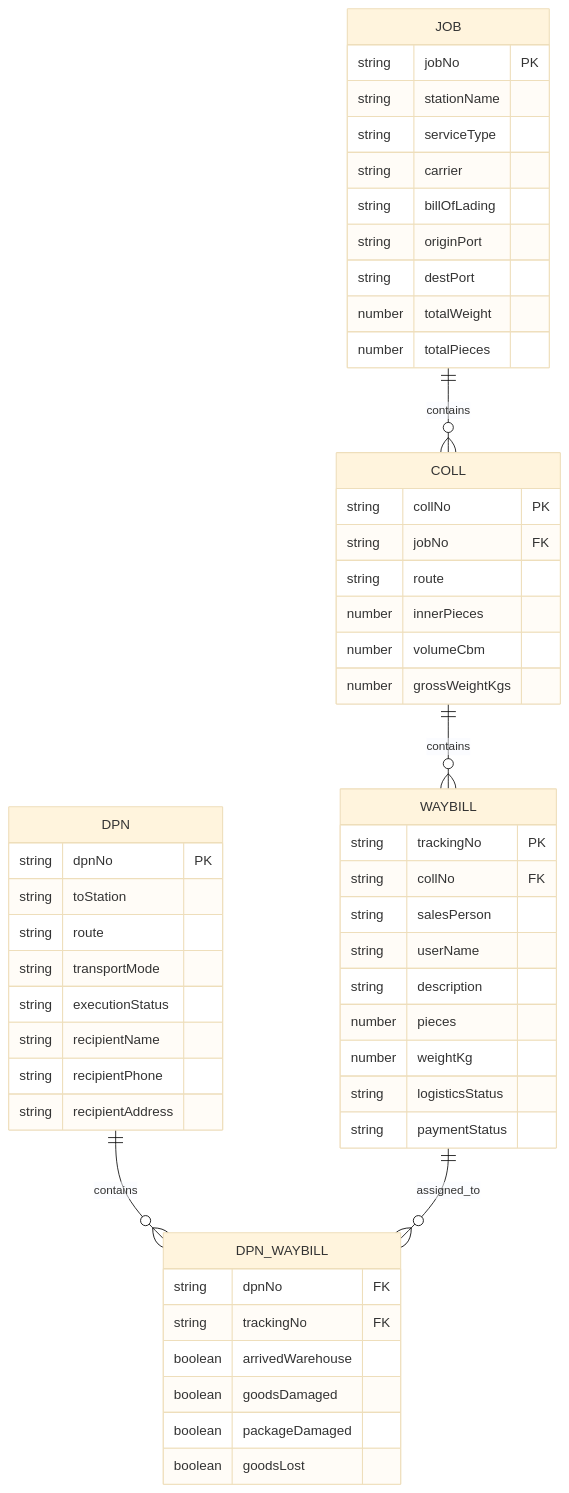
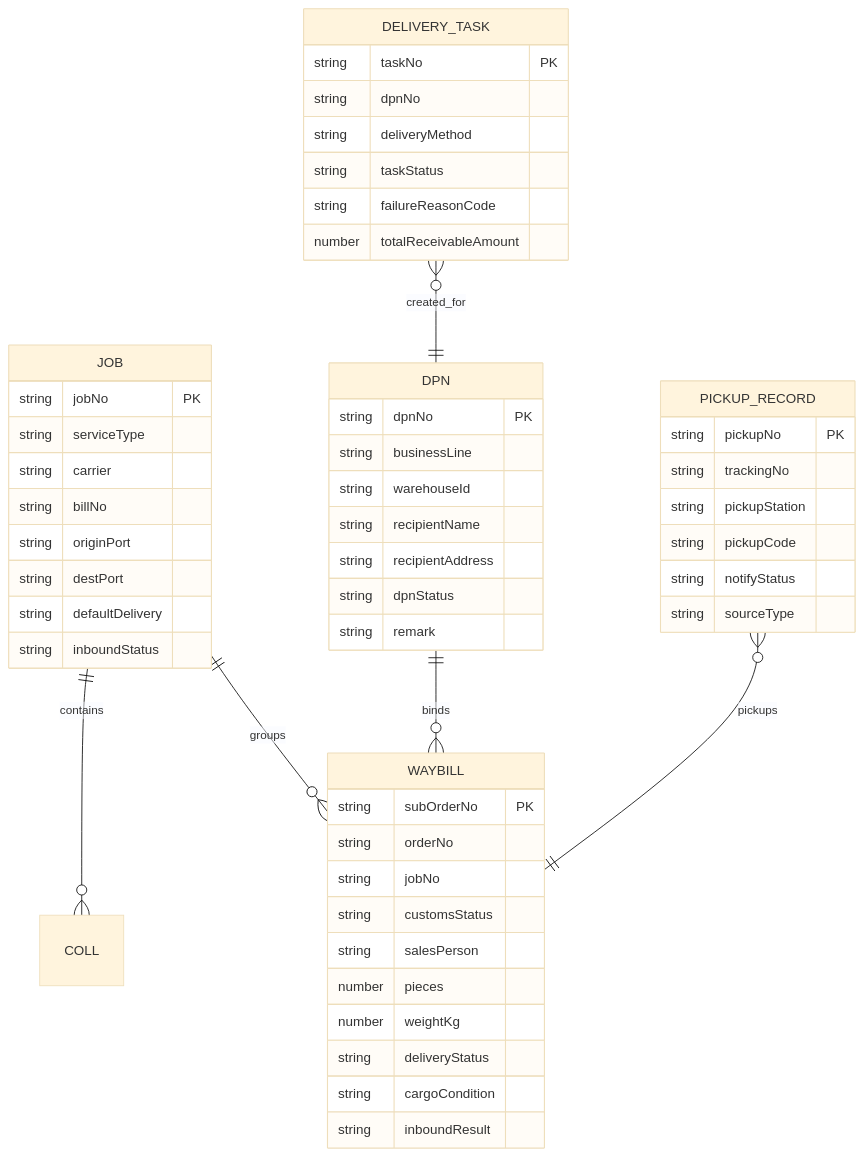
Before and after one commit to Yitiaoyu686/logistics-app: the seventh of 7 diagrams in .kiro/specs/dest-warehouse-mgmt/design.md, drawn with Mermaid (base theme). The commit also changed other lines of this file and 14 other files, not shown here.

````diff
--- a/.kiro/specs/dest-warehouse-mgmt/design.md
+++ b/.kiro/specs/dest-warehouse-mgmt/design.md
@@ -722,55 +428,56 @@
 ```mermaid
 erDiagram
     JOB ||--o{ COLL : contains
-    COLL ||--o{ WAYBILL : contains
-    DPN ||--o{ DPN_WAYBILL : contains
-    WAYBILL ||--o{ DPN_WAYBILL : assigned_to
+    JOB ||--o{ WAYBILL : groups
+    DPN ||--o{ WAYBILL : binds
+    DELIVERY_TASK }o--|| DPN : created_for
+    PICKUP_RECORD }o--|| WAYBILL : pickups
+
     JOB {
         string jobNo PK
-        string stationName
         string serviceType
         string carrier
-        string billOfLading
+        string billNo
         string originPort
         string destPort
-        number totalWeight
-        number totalPieces
-    }
-    COLL {
-        string collNo PK
-        string jobNo FK
-        string route
-        number innerPieces
-        number volumeCbm
-        number grossWeightKgs
-    }
-    WAYBILL {
-        string trackingNo PK
-        string collNo FK
-        string salesPerson
-        string userName
-        string description
-        number pieces
-        number weightKg
-        string logisticsStatus
-        string paymentStatus
+        string defaultDelivery
+        string inboundStatus
     }
     DPN {
         string dpnNo PK
-        string toStation
-        string route
-        string transportMode
-        string executionStatus
+        string businessLine
+        string warehouseId
         string recipientName
-        string recipientPhone
         string recipientAddress
+        string dpnStatus
+        string remark
     }
-    DPN_WAYBILL {
-        string dpnNo FK
-        string trackingNo FK
-        boolean arrivedWarehouse
-        boolean goodsDamaged
-        boolean packageDamaged
-        boolean goodsLost
+    WAYBILL {
+        string subOrderNo PK
+        string orderNo
+        string jobNo
+        string customsStatus
+        string salesPerson
+        number pieces
+        number weightKg
+        string deliveryStatus
+        string cargoCondition
+        string inboundResult
+    }
+    DELIVERY_TASK {
+        string taskNo PK
+        string dpnNo
+        string deliveryMethod
+        string taskStatus
+        string failureReasonCode
+        number totalReceivableAmount
+    }
+    PICKUP_RECORD {
+        string pickupNo PK
+        string trackingNo
+        string pickupStation
+        string pickupCode
+        string notifyStatus
+        string sourceType
     }
 ```
````
